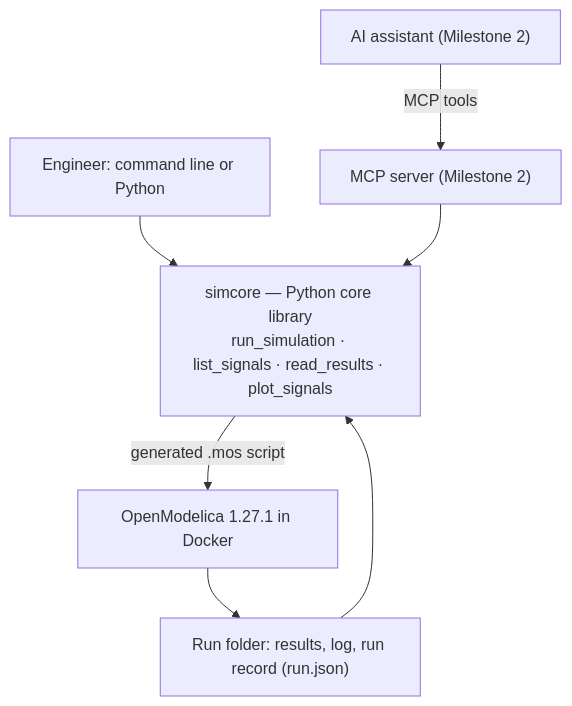
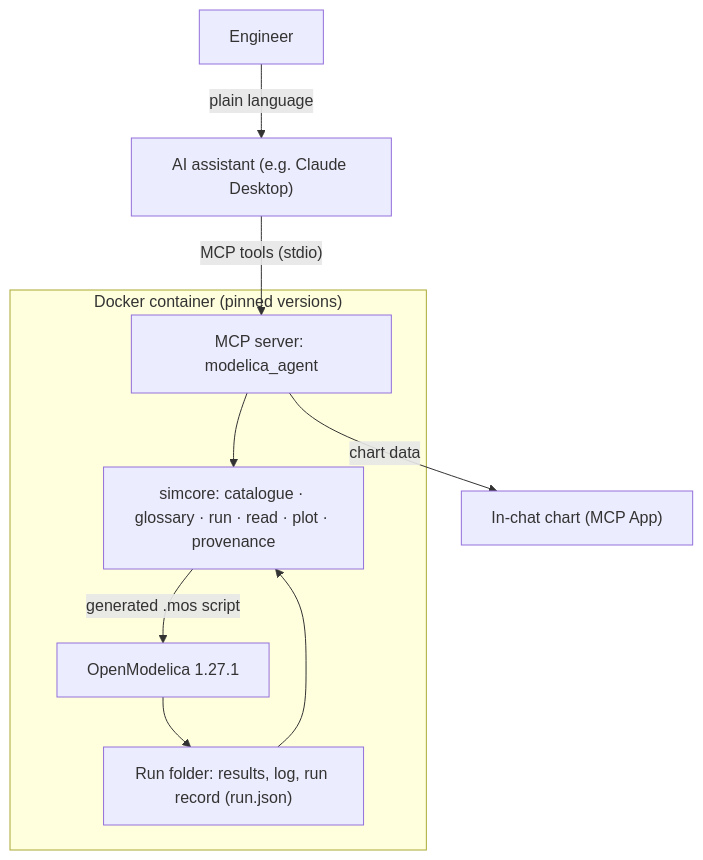
Before and after one commit to swap1406/modelica_agent: the diagram in README.md, drawn with Mermaid. The commit also changed other lines of this file and 3 other files, not shown here.

Commit message:
docs: README for v0.2.0 (demo GIF, Claude Desktop setup, tools, evaluation, related work)

````diff
--- a/README.md
+++ b/README.md
@@ -64,9 +97,12 @@
 ```mermaid
 flowchart TD
-    A["AI assistant (Milestone 2)"] -- "MCP tools" --> B["MCP server (Milestone 2)"]
-    U["Engineer: command line or Python"] --> C
-    B --> C["simcore — Python core library<br/>run_simulation · list_signals · read_results · plot_signals"]
-    C -- "generated .mos script" --> D["OpenModelica 1.27.1 in Docker"]
-    D --> E["Run folder: results, log, run record (run.json)"]
-    E --> C
+    U["Engineer"] -- "plain language" --> A["AI assistant (e.g. Claude Desktop)"]
+    A -- "MCP tools (stdio)" --> B["MCP server: modelica_agent"]
+    B -- "chart data" --> V["In-chat chart (MCP App)"]
+    subgraph Docker["Docker container (pinned versions)"]
+        B --> C["simcore: catalogue · glossary · run · read · plot · provenance"]
+        C -- "generated .mos script" --> D["OpenModelica 1.27.1"]
+        D --> E["Run folder: results, log, run record (run.json)"]
+        E --> C
+    end
 ```
````
